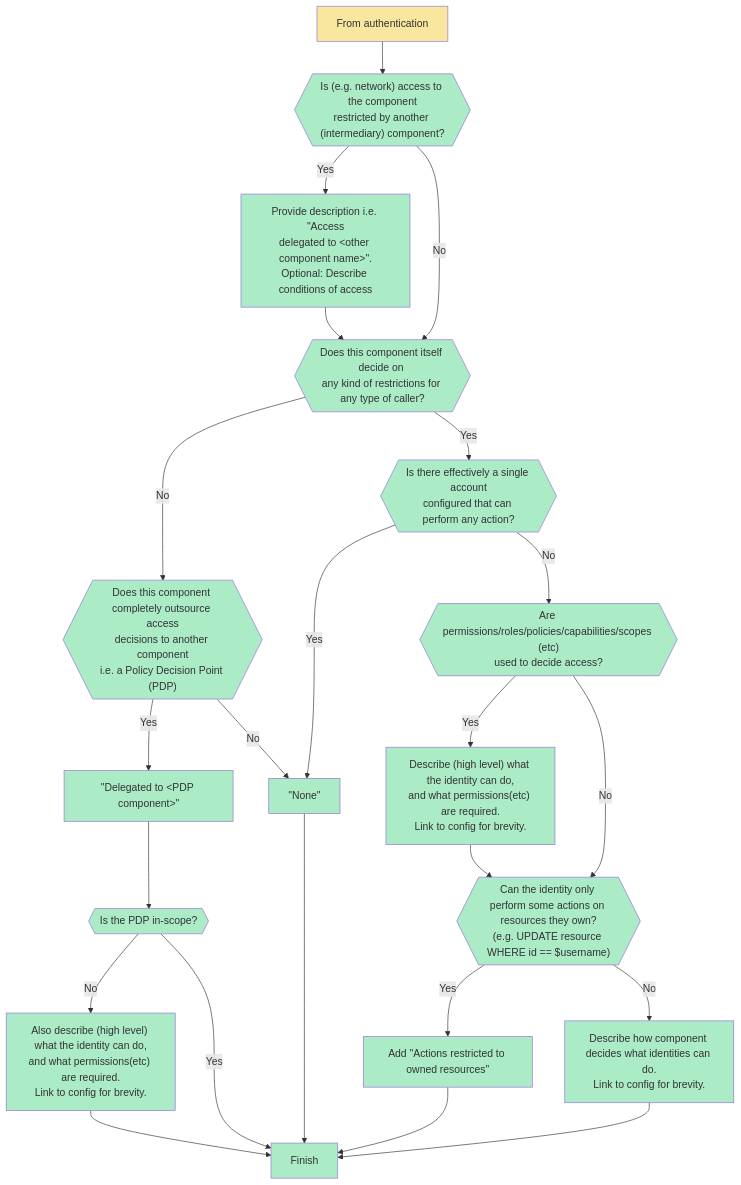
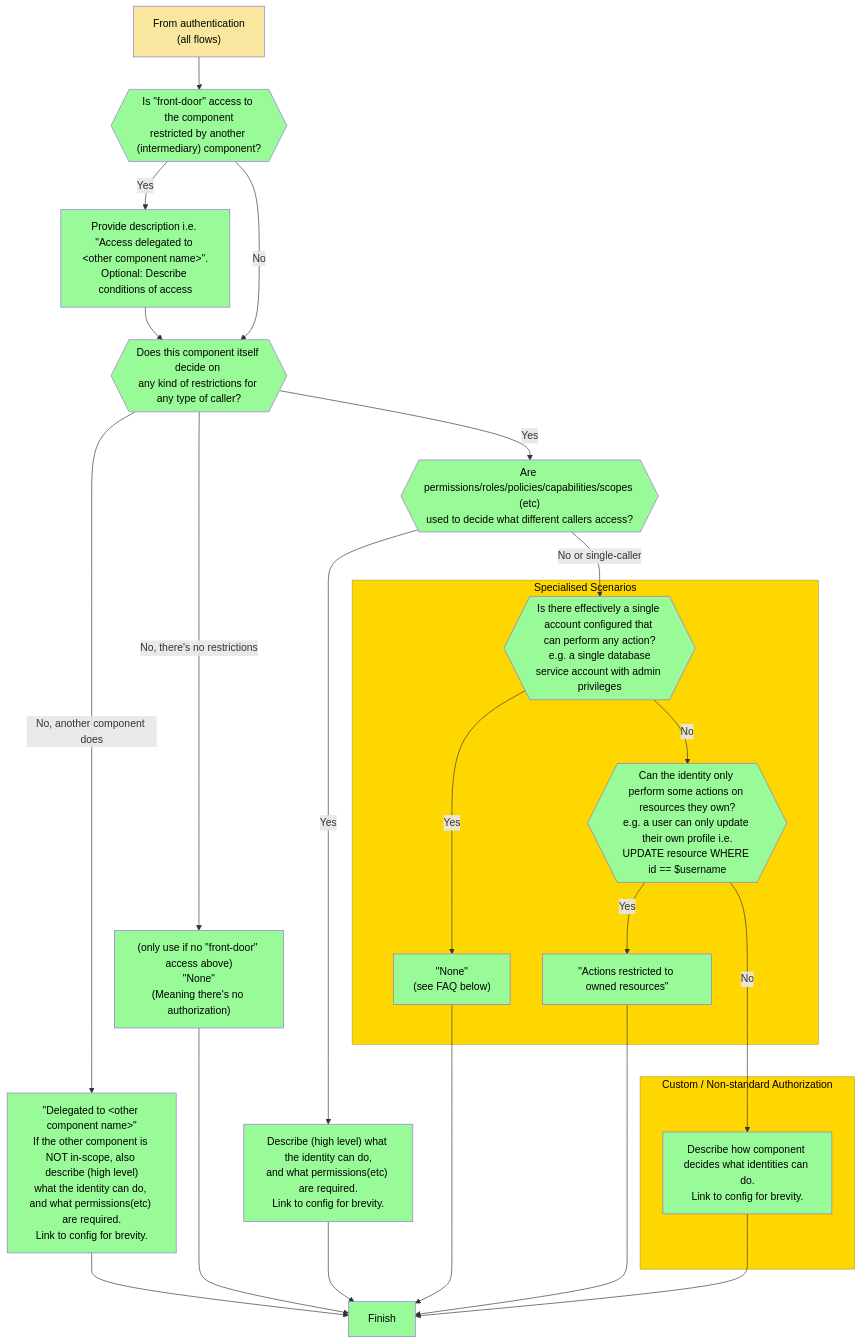
One commit to samadhicsec/threatware-docs changed the third of 3 diagrams in docs/source/create/components.md. Above: the diagram before and after it, drawn with Mermaid. The commit also changed other lines of this file, not shown here.

````diff
--- a/docs/source/create/components.md
+++ b/docs/source/create/components.md
@@ -250,28 +293,32 @@
 ```{mermaid}
 :align: center
 flowchart TD
-    classDef default fill:#abebc6
-    classDef auth fill:#f9e79f
-    A[From authentication]:::auth --> Access{{"Is (e.g. network) access to the component\nrestricted by another (intermediary) component?"}}
-    Access -->|Yes| AccessY["Provide description i.e. &quot;Access\ndelegated to #lt;other component name>&quot;.\nOptional: Describe conditions of access"]
+    classDef default fill:#98FB98,color:#000
+    classDef auth fill:#f9e79f,color:#000
+    classDef special fill: #FFD700,color:#000
+    A["From authentication<br />(all flows)"]:::auth --> Access{{"Is &quot;front-door&quot; access to the component\nrestricted by another (intermediary) component?"}}
+    Access -->|Yes| AccessY["Provide description i.e. &quot;Access delegated to #lt;other component name>&quot;.\nOptional: Describe conditions of access"]
     Access -->|No| Authz{{"Does this component itself decide on \nany kind of restrictions for any type of caller?"}}
     AccessY --> Authz
-    Authz -->|No| PDP{{"Does this component completely outsource access\ndecisions to another component\ni.e. a Policy Decision Point (PDP)"}}
-    PDP -->|Yes| PDPDelegate["&quot;Delegated to #lt;PDP component>&quot;"]
-    PDPDelegate --> PDPY{{Is the PDP in-scope?}}
-    PDPY --> |No| PDPinscopeN["Also describe (high level) what the identity can do,\nand what permissions(etc) are required.\nLink to config for brevity."]
-    PDP -->|No| None["&quot;None&quot;"]
-    Authz -->|Yes| Single{{Is there effectively a single account\nconfigured that can perform any action?}}
-    Single -->|Yes| None
-    Single -->|No| Perms{{"Are permissions/roles/policies/capabilities/scopes (etc)\nused to decide access?"}}
+    %%Authz -->|No| PDP{{"Does this component completely delegate/outsource\n decisions to another component"}}
+    Authz ---->|No, another component does| PDPDelegate["&quot;Delegated to #lt;other component name>&quot;\nIf the other component is NOT in-scope, also describe (high level)\nwhat the identity can do, and what permissions(etc) are required.\nLink to config for brevity."]
+    Authz ---->|No, there's no restrictions| None1["(only use if no &quot;front-door&quot; access above)\n&quot;None&quot;\n(Meaning there's no authorization)"]
+    Authz -->|Yes| Perms{{"Are permissions/roles/policies/capabilities/scopes (etc)\nused to decide what different callers access?"}}
     Perms -->|Yes| PermsY["Describe (high level) what the identity can do,\nand what permissions(etc) are required.\nLink to config for brevity."]
-    PermsY --> Own
-    Perms -->|No| Own{{"Can the identity only perform some actions on resources they own?\n(e.g. UPDATE resource WHERE id == $username)"}}
-    Own -->|Yes| OwnY["Add &quot;Actions restricted to owned resources&quot;"]
-    Own -->|No| OwnN["Describe how component decides what identities can do.\nLink to config for brevity."]
+    Perms -->|No or single-caller| Single{{Is there effectively a single account configured that can perform any action?\n e.g. a single database service account with admin privileges}}
+    subgraph ss [Specialised Scenarios]
+    Single -->|Yes| None2["&quot;None&quot;\n(see FAQ below)"]
+    Single -->|No| Own{{"Can the identity only perform some actions on resources they own?\ne.g. a user can only update their own profile i.e.\nUPDATE resource WHERE id == $username"}}
+    Own -->|Yes| OwnY["&quot;Actions restricted to owned resources&quot;"]
+    end
+    subgraph cs [Custom / Non-standard Authorization]
+    Own --->|No| OwnN["Describe how component decides what identities can do.\nLink to config for brevity."]
+    end
     OwnY --> Finish["Finish"]
     OwnN --> Finish
-    PDPY -->|Yes| Finish
-    PDPinscopeN --> Finish
-    None --> Finish
+    PermsY --> Finish
+    PDPDelegate --> Finish
+    None1 ---> Finish
+    None2 ---> Finish
+    class ss,cs special
 ```
````
